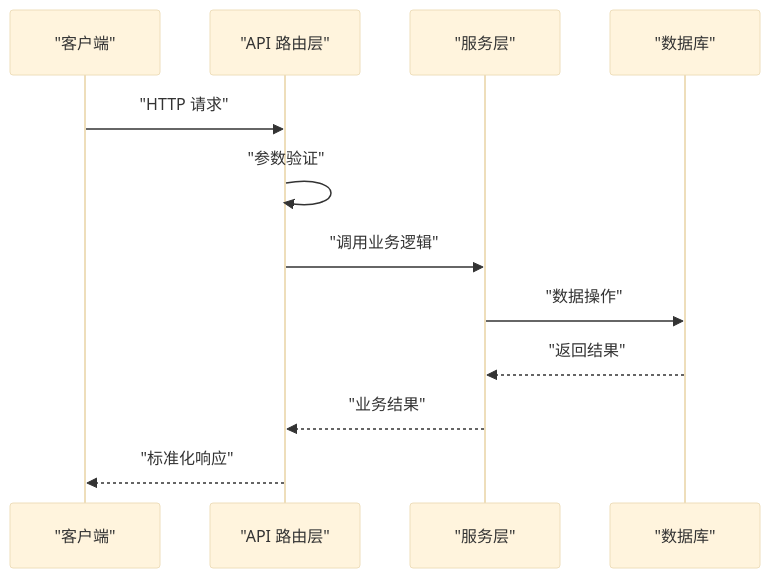
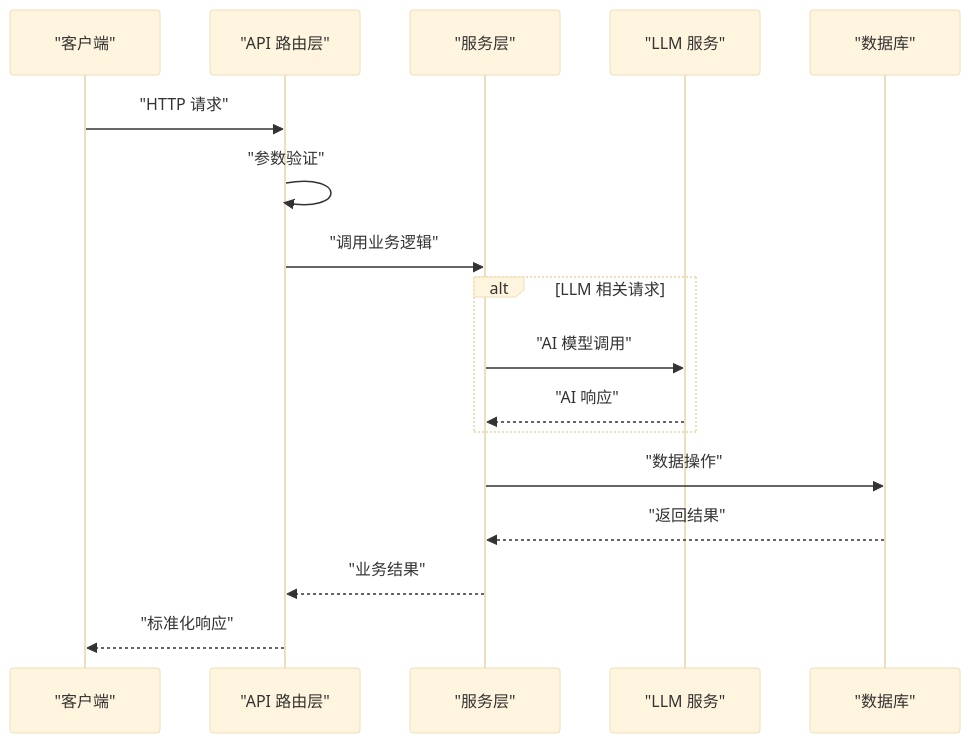
Before and after one commit to ai-guru-global/agent-up: the second of 4 diagrams in .qoder/repowiki/zh/content/API 接口文档.md, drawn with Mermaid (base theme). The commit also changed other lines of this file and 32 other files, not shown here.

````diff
--- a/.qoder/repowiki/zh/content/API 接口文档.md
+++ b/.qoder/repowiki/zh/content/API 接口文档.md
@@ -93,14 +102,19 @@
 ```mermaid
 sequenceDiagram
 participant C as "客户端"
 participant R as "API 路由层"
 participant S as "服务层"
+participant L as "LLM 服务"
 participant D as "数据库"
 C->>R : "HTTP 请求"
 R->>R : "参数验证"
 R->>S : "调用业务逻辑"
+alt LLM 相关请求
+S->>L : "AI 模型调用"
+L-->>S : "AI 响应"
+end
 S->>D : "数据操作"
 D-->>S : "返回结果"
 S-->>R : "业务结果"
 R-->>C : "标准化响应"
 ```
````
